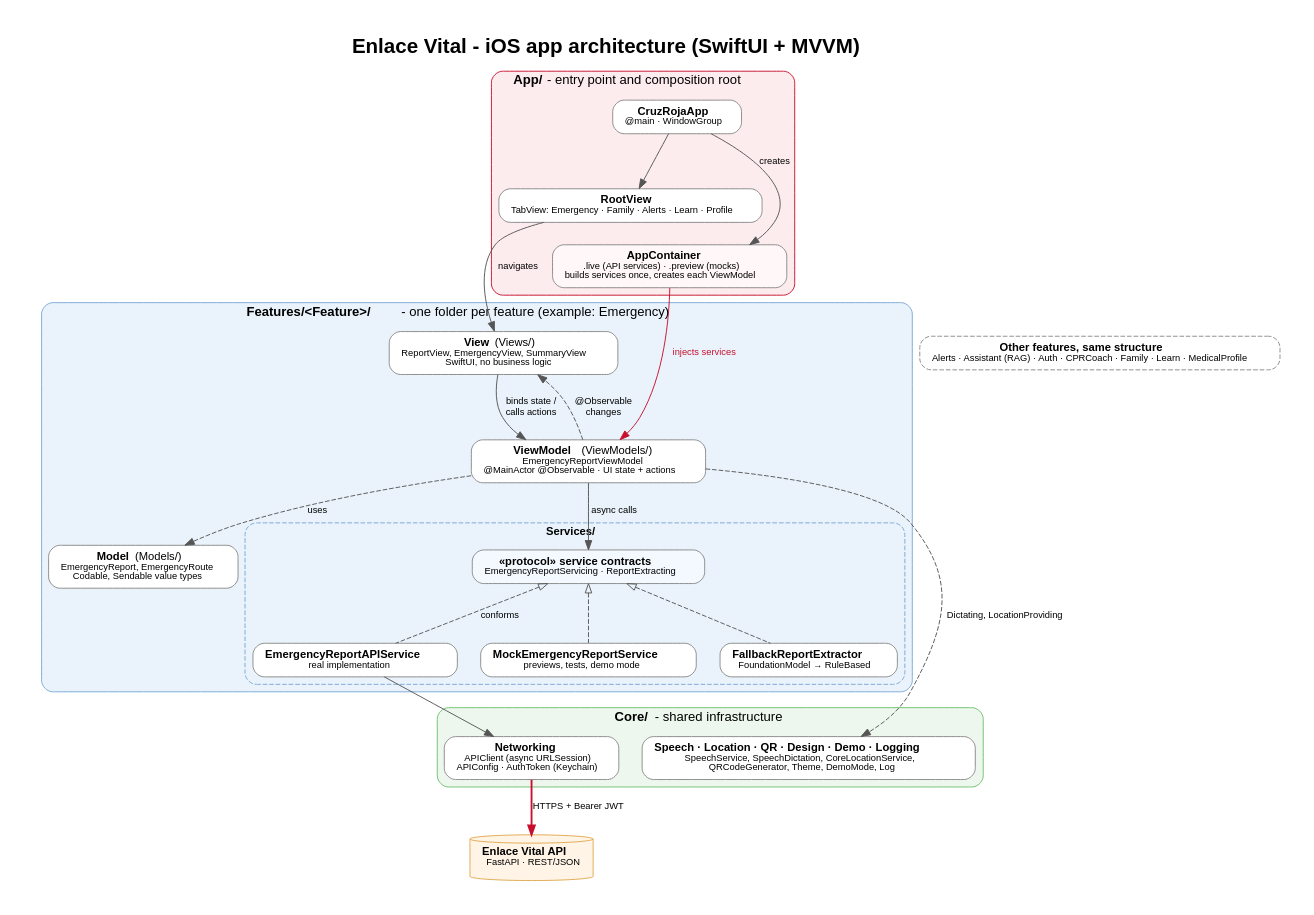
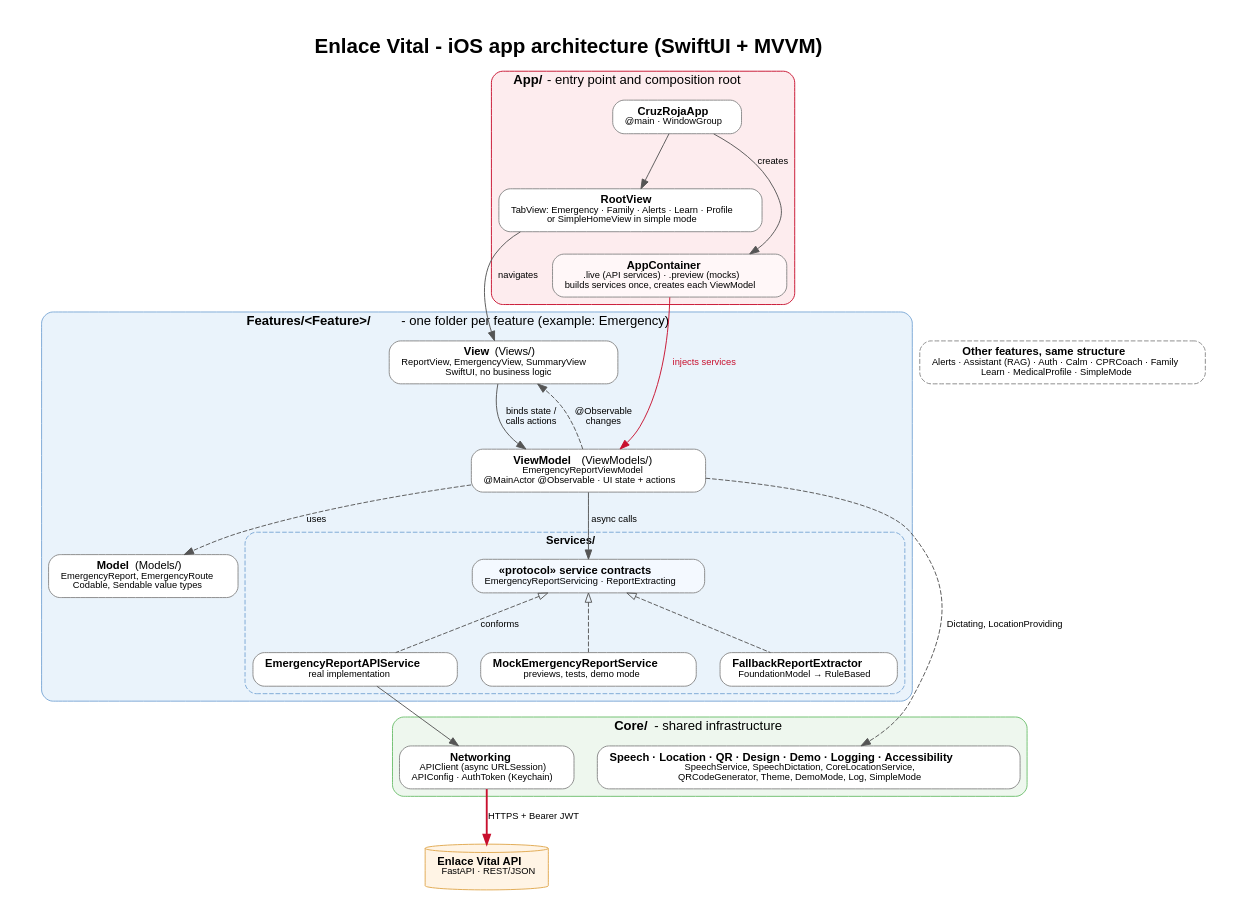
Before and after one commit to Fernando94654/Cruz-Roja-App: the diagram in docs/architecture/src/03-app-architecture.dot, drawn with Graphviz. The commit also changed 6 other files, not shown here.

Commit message:
Add Calm, simple mode and App Intents to architecture diagrams

```diff
--- a/docs/architecture/src/03-app-architecture.dot
+++ b/docs/architecture/src/03-app-architecture.dot
@@ -1,54 +1,54 @@
 // Render with: dot -Tpng -Gdpi=200 03-app-architecture.dot -o ../png/03-app-architecture.png
 digraph app {
   graph [rankdir=TB, fontname="Helvetica", nodesep=0.35, ranksep=0.65, pad=0.4, newrank=true,
          label=<<b>Enlace Vital - iOS app architecture (SwiftUI + MVVM)</b>>, labelloc=t, fontsize=22];
   node [shape=box, style="rounded,filled", fillcolor=white, color="#888888", fontname="Helvetica", fontsize=12, margin="0.18,0.10"];
   edge [fontname="Helvetica", fontsize=10, color="#555555"];
 
   subgraph cluster_app {
     label=<<b>App/</b> - entry point and composition root>; fontsize=14; style="rounded,filled"; fillcolor="#FDECEE"; color="#C8102E";
     main [label=<<b>CruzRojaApp</b><br/><font point-size="10">@main · WindowGroup</font>>];
-    root [label=<<b>RootView</b><br/><font point-size="10">TabView: Emergency · Family · Alerts · Learn · Profile</font>>];
+    root [label=<<b>RootView</b><br/><font point-size="10">TabView: Emergency · Family · Alerts · Learn · Profile<br/>or SimpleHomeView in simple mode</font>>];
     container [label=<<b>AppContainer</b><br/><font point-size="10">.live (API services) · .preview (mocks)<br/>builds services once, creates each ViewModel</font>>, fillcolor="#FFF7F8"];
   }
 
   subgraph cluster_feature {
     label=<<b>Features/&lt;Feature&gt;/</b> - one folder per feature (example: Emergency)>; fontsize=14; style="rounded,filled"; fillcolor="#EAF3FB"; color="#7AA7D6";
     view [label=<<b>View</b> (Views/)<br/><font point-size="10">ReportView, EmergencyView, SummaryView<br/>SwiftUI, no business logic</font>>, fillcolor="#FFFFFF"];
     vm [label=<<b>ViewModel</b> (ViewModels/)<br/><font point-size="10">EmergencyReportViewModel<br/>@MainActor @Observable · UI state + actions</font>>, fillcolor="#FFFFFF"];
     model [label=<<b>Model</b> (Models/)<br/><font point-size="10">EmergencyReport, EmergencyRoute<br/>Codable, Sendable value types</font>>, fillcolor="#FFFFFF"];
     subgraph cluster_services {
       label=<<b>Services/</b>>; fontsize=12; style="rounded,dashed"; color="#7AA7D6";
       proto [label=<<b>«protocol» service contracts</b><br/><font point-size="10">EmergencyReportServicing · ReportExtracting</font>>, fillcolor="#F4F9FF"];
       apiimpl [label=<<b>EmergencyReportAPIService</b><br/><font point-size="10">real implementation</font>>];
       mock [label=<<b>MockEmergencyReportService</b><br/><font point-size="10">previews, tests, demo mode</font>>];
       ai [label=<<b>FallbackReportExtractor</b><br/><font point-size="10">FoundationModel → RuleBased</font>>];
     }
   }
 
   subgraph cluster_core {
     label=<<b>Core/</b> - shared infrastructure>; fontsize=14; style="rounded,filled"; fillcolor="#EEF7EE"; color="#6DBF6D";
     net [label=<<b>Networking</b><br/><font point-size="10">APIClient (async URLSession)<br/>APIConfig · AuthToken (Keychain)</font>>];
-    corelist [label=<<b>Speech · Location · QR · Design · Demo · Logging</b><br/><font point-size="10">SpeechService, SpeechDictation, CoreLocationService,<br/>QRCodeGenerator, Theme, DemoMode, Log</font>>];
+    corelist [label=<<b>Speech · Location · QR · Design · Demo · Logging · Accessibility</b><br/><font point-size="10">SpeechService, SpeechDictation, CoreLocationService,<br/>QRCodeGenerator, Theme, DemoMode, Log, SimpleMode</font>>];
   }
 
   backend [label=<<b>Enlace Vital API</b><br/><font point-size="10">FastAPI · REST/JSON</font>>, shape=cylinder, fillcolor="#FFF4E5", color="#E0A84F"];
-  others [label=<<b>Other features, same structure</b><br/><font point-size="10">Alerts · Assistant (RAG) · Auth · CPRCoach · Family · Learn · MedicalProfile</font>>, style="rounded,dashed", fillcolor="#FFFFFF"];
+  others [label=<<b>Other features, same structure</b><br/><font point-size="10">Alerts · Assistant (RAG) · Auth · Calm · CPRCoach · Family<br/>Learn · MedicalProfile · SimpleMode</font>>, style="rounded,dashed", fillcolor="#FFFFFF"];
 
   main -> root;
   main -> container [label="creates"];
   root -> view [label="navigates"];
   container -> vm [label="injects services", color="#C8102E", fontcolor="#C8102E"];
   view -> vm [label="binds state /\ncalls actions"];
   vm -> view [label="@Observable\nchanges", style=dashed];
   vm -> proto [label="async calls"];
   vm -> model [style=dashed, label="uses"];
   proto -> apiimpl [arrowhead=empty, style=dashed, dir=back, arrowtail=empty, label="conforms"];
   proto -> mock [arrowhead=empty, style=dashed, dir=back, arrowtail=empty];
   proto -> ai [arrowhead=empty, style=dashed, dir=back, arrowtail=empty];
   apiimpl -> net;
   ai -> corelist [style=invis];
   vm -> corelist [label="Dictating, LocationProviding", style=dashed];
   net -> backend [label="HTTPS + Bearer JWT", color="#C8102E", penwidth=2];
   { rank=same; view; others; }
 }
```
